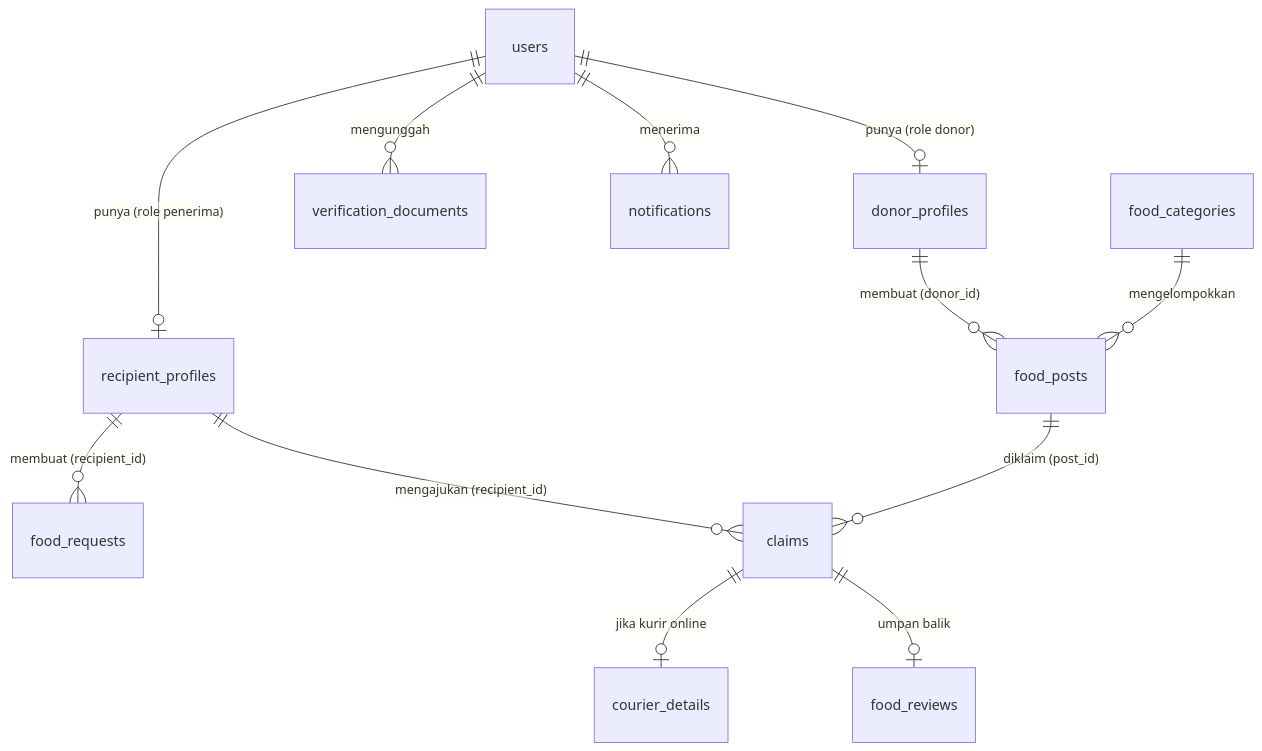
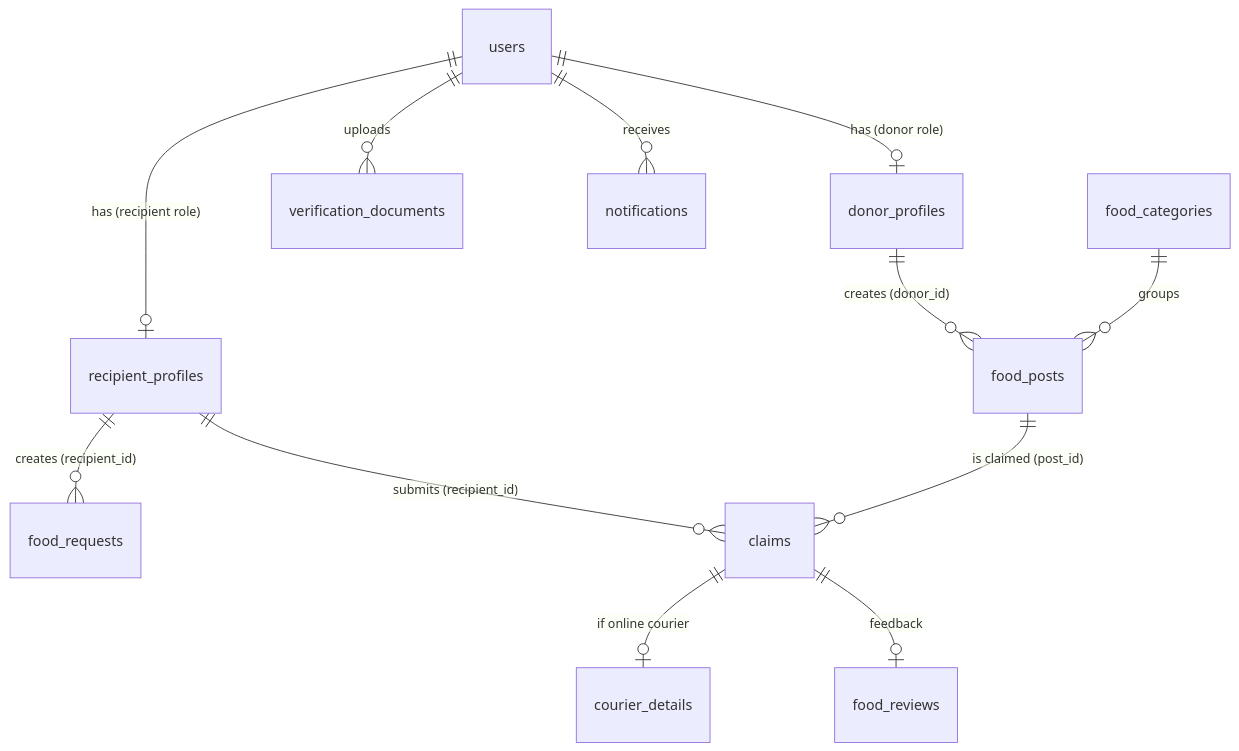
Before and after one commit to PPL-AA-SI4801/foodbridge-project: the diagram in docs/DB.md, drawn with Mermaid. The commit also changed other lines of this file, not shown here.

````diff
--- a/docs/DB.md
+++ b/docs/DB.md
@@ -35,17 +37,17 @@
 ```mermaid
 erDiagram
-    users ||--o| donor_profiles : "punya (role donor)"
-    users ||--o| recipient_profiles : "punya (role penerima)"
-    users ||--o{ verification_documents : "mengunggah"
-    users ||--o{ notifications : "menerima"
+    users ||--o| donor_profiles : "has (donor role)"
+    users ||--o| recipient_profiles : "has (recipient role)"
+    users ||--o{ verification_documents : "uploads"
+    users ||--o{ notifications : "receives"
 
-    donor_profiles ||--o{ food_posts : "membuat (donor_id)"
-    food_categories ||--o{ food_posts : "mengelompokkan"
+    donor_profiles ||--o{ food_posts : "creates (donor_id)"
+    food_categories ||--o{ food_posts : "groups"
 
-    recipient_profiles ||--o{ food_requests : "membuat (recipient_id)"
-    recipient_profiles ||--o{ claims : "mengajukan (recipient_id)"
-    food_posts ||--o{ claims : "diklaim (post_id)"
+    recipient_profiles ||--o{ food_requests : "creates (recipient_id)"
+    recipient_profiles ||--o{ claims : "submits (recipient_id)"
+    food_posts ||--o{ claims : "is claimed (post_id)"
 
-    claims ||--o| courier_details : "jika kurir online"
-    claims ||--o| food_reviews : "umpan balik"
+    claims ||--o| courier_details : "if online courier"
+    claims ||--o| food_reviews : "feedback"
 ```
````
